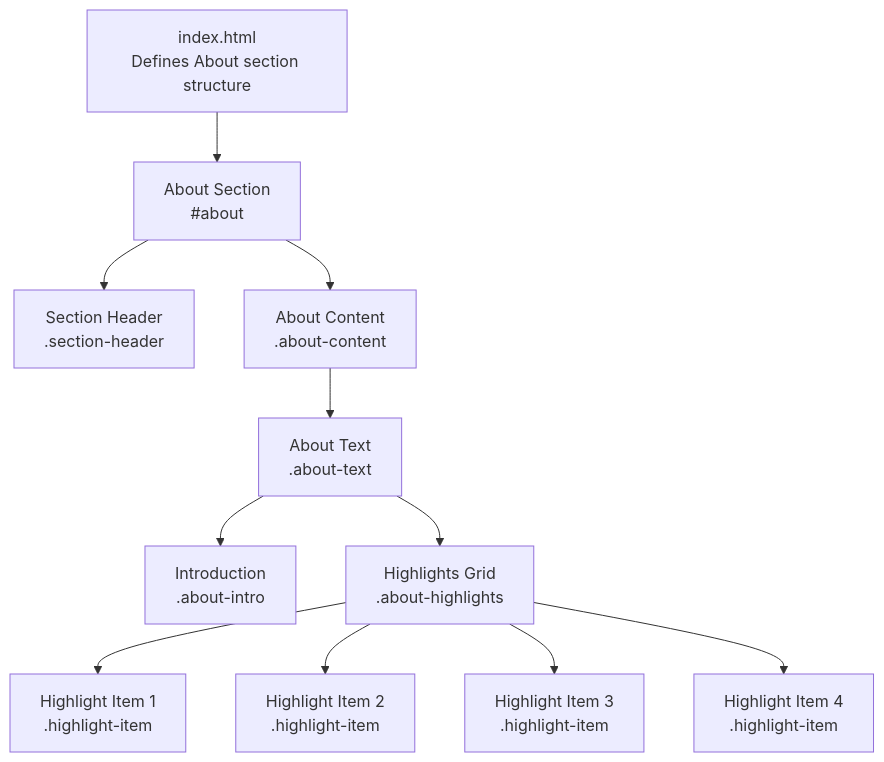
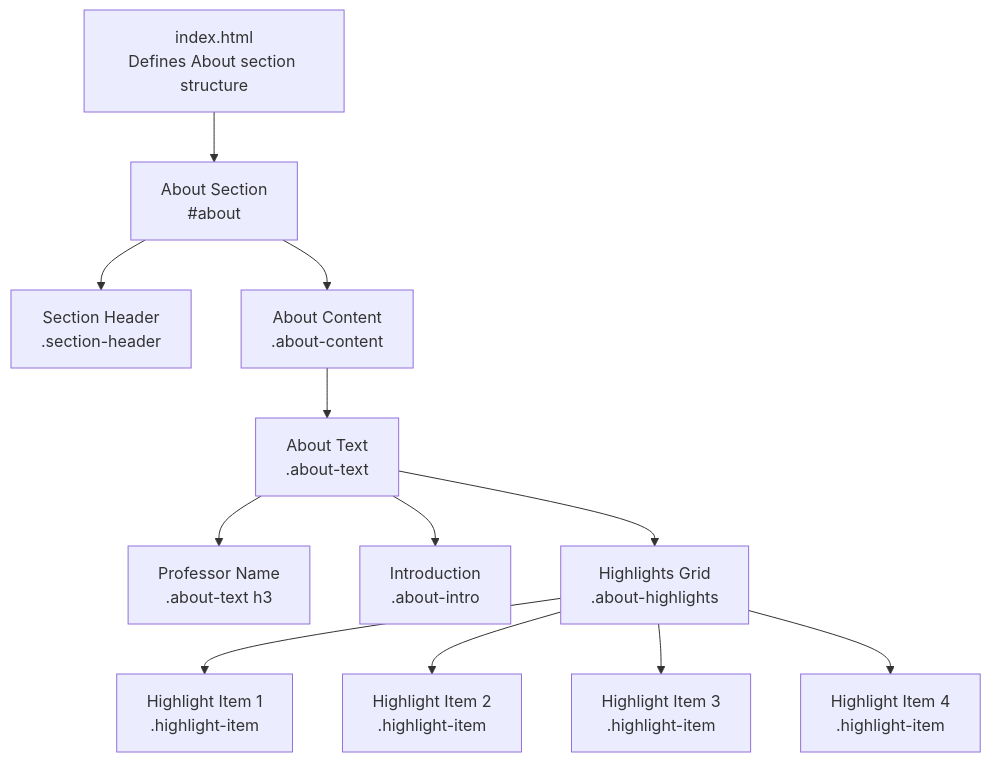
One commit to lynchip/graduates changed the first of 8 diagrams in .qoder/repowiki/en/content/Core Features/Service Showcase/About Section.md. Above: the diagram before and after it, drawn with Mermaid. The commit also changed other lines of this file and 12 other files, not shown here.

````diff
--- a/.qoder/repowiki/en/content/Core Features/Service Showcase/About Section.md
+++ b/.qoder/repowiki/en/content/Core Features/Service Showcase/About Section.md
@@ -31,13 +40,14 @@
 ```mermaid
 graph TB
 IndexHTML["index.html<br/>Defines About section structure"] --> AboutSection["About Section<br/>#about"]
 AboutSection --> Header["Section Header<br/>.section-header"]
 AboutSection --> Content["About Content<br/>.about-content"]
 Content --> Text["About Text<br/>.about-text"]
+Text --> Name["Professor Name<br/>.about-text h3"]
 Text --> Intro["Introduction<br/>.about-intro"]
 Text --> Highlights["Highlights Grid<br/>.about-highlights"]
 Highlights --> Item1["Highlight Item 1<br/>.highlight-item"]
 Highlights --> Item2["Highlight Item 2<br/>.highlight-item"]
 Highlights --> Item3["Highlight Item 3<br/>.highlight-item"]
 Highlights --> Item4["Highlight Item 4<br/>.highlight-item"]
 ```
````
